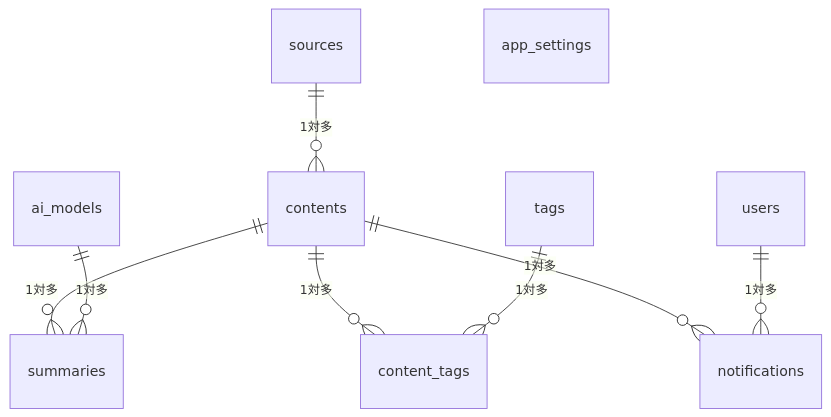
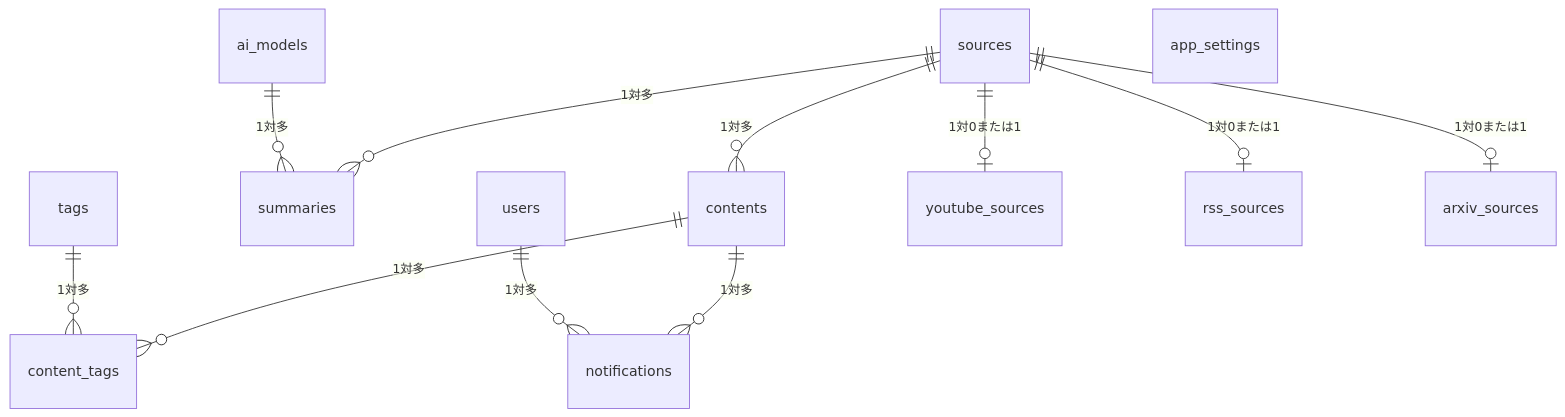
Before and after one commit to daishiman/DigeClip: the diagram in Requirements/2_Functional_Requirements/data/2_Schema_Design.md, drawn with Mermaid. The commit also changed other lines of this file and 28 other files, not shown here.

````diff
--- a/Requirements/2_Functional_Requirements/data/2_Schema_Design.md
+++ b/Requirements/2_Functional_Requirements/data/2_Schema_Design.md
@@ -5,11 +5,14 @@
 ```mermaid
 erDiagram
     sources ||--o{ contents : "1対多"
-    contents ||--o{ summaries : "1対多"
+    sources ||--o{ summaries : "1対多"
     contents ||--o{ content_tags : "1対多"
     tags ||--o{ content_tags : "1対多"
     ai_models ||--o{ summaries : "1対多"
     contents ||--o{ notifications : "1対多"
     users ||--o{ notifications : "1対多"
+    sources ||--o| youtube_sources : "1対0または1"
+    sources ||--o| rss_sources : "1対0または1"
+    sources ||--o| arxiv_sources : "1対0または1"
     app_settings
 ```
````
